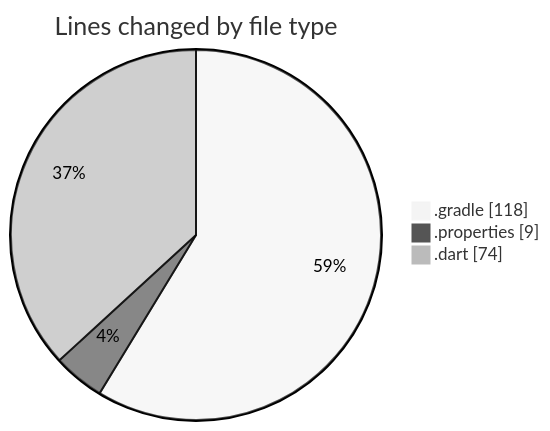
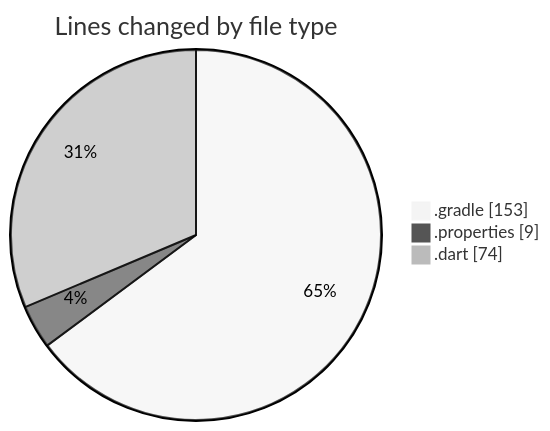
Before and after one commit to donsfak/code-tracking: the first of 2 diagrams in 2025-02-16/trackers_app/README.md, drawn with Mermaid (neutral theme). The commit also changed other lines of this file and 1 other file, not shown here.

````diff
--- a/2025-02-16/trackers_app/README.md
+++ b/2025-02-16/trackers_app/README.md
@@ -23,7 +23,7 @@
 ```mermaid
 pie showData
 title Lines changed by file type
-".gradle" : 118
+".gradle" : 153
 ".properties" : 9
 ".dart" : 74
 ```
````
